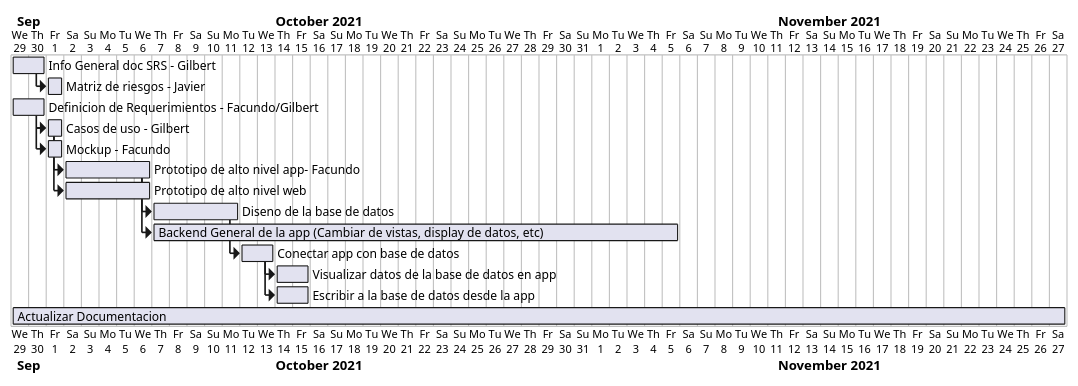
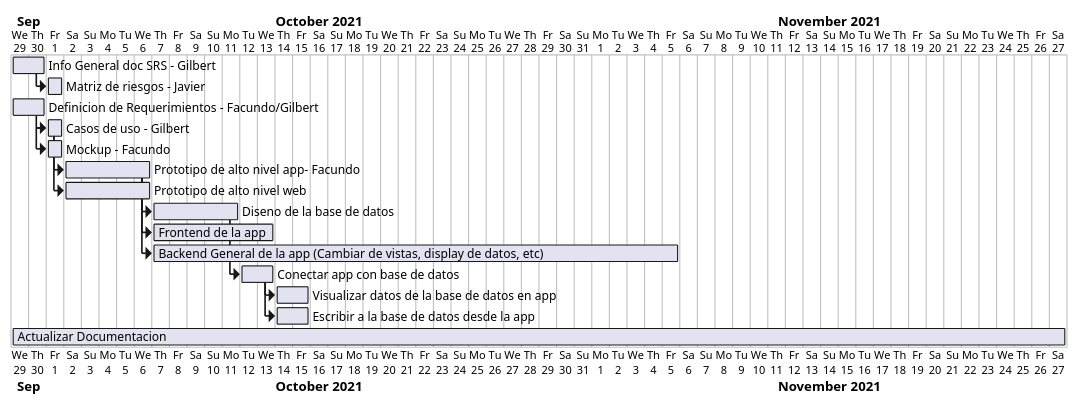
Before and after one commit to facund015/codeRelatedObsidianNotes: the diagram in Diagramas.md, drawn with PlantUML.

Commit message:
vault backup: 2021-10-01 15:55:30

````diff
--- a/Diagramas.md
+++ b/Diagramas.md
@@ -1,28 +1,31 @@
 ```plantuml
 
 @startgantt
 Project starts 2021-09-29
 
 [Info General doc SRS - Gilbert] as [SRS] lasts 2 days and starts 2021-09-29
 [Matriz de riesgos - Javier] as [MR] lasts 1 days and starts at [SRS]'s end
 
 [Definicion de Requerimientos - Facundo/Gilbert] as [DR] lasts 2 day and starts 2021-09-29
 [Casos de uso - Gilbert] as [CS] lasts 1 day and starts at [DR]'s end
 [Mockup - Facundo] as [MP] lasts 1 days and starts at [CS]'s start
 
 [Prototipo de alto nivel app- Facundo] as [PAN] lasts 5 days and starts at [CS]'s end
 [Prototipo de alto nivel web] as [PAW] lasts 5 days and starts at [CS]'s end
 [Diseno de la base de datos] as [DBD] lasts 5 days and starts at [PAN]'s end
+[Frontend de la app] as [FEA] lasts 7 days and starts at [PAN]'s end
 [Backend General de la app (Cambiar de vistas, display de datos, etc)] as [BGA] lasts 30 days and starts at [PAN]'s end
 
 [Conectar app con base de datos] as [CBD] lasts 2 days and starts at [DBD]'s end
 [Visualizar datos de la base de datos en app] as [VBD] lasts 2 days and starts at [CBD]'s end
 [Escribir a la base de datos desde la app] as [EBD] lasts 2 days and starts at [CBD]'s end
+
+
 
 
 [Actualizar Documentacion] as [ASRS] lasts 60 days
 @endgantt
 
 
 
 ```
````
